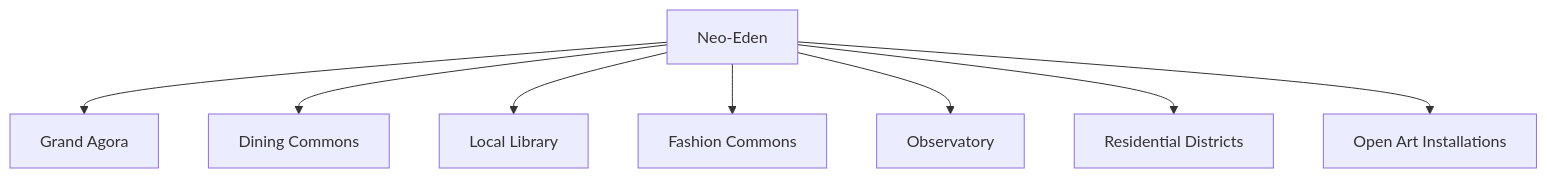
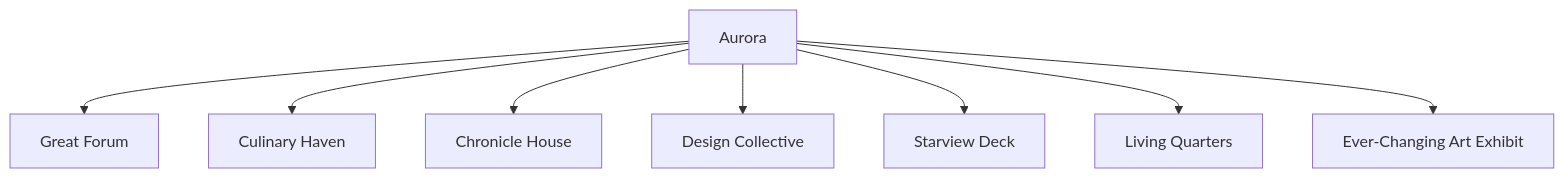
Before and after one commit to moul/bits.manfred.life: the first of 2 diagrams in stories/open-society/index.md, drawn with Mermaid. The commit also changed other lines of this file and 1 other file, not shown here.

First line of the commit message:
chore: update open-society (#40)

````diff
--- a/stories/open-society/index.md
+++ b/stories/open-society/index.md
@@ -23,11 +23,11 @@
 ```mermaid
 graph TD
-    A[Neo-Eden]
-    A --> B[Grand Agora]
-    A --> C[Dining Commons]
-    A --> D[Local Library]
-    A --> E[Fashion Commons]
-    A --> F[Observatory]
-    A --> G[Residential Districts]
-    A --> H[Open Art Installations]
+    A[Aurora]
+    A --> B[Great Forum]
+    A --> C[Culinary Haven]
+    A --> D[Chronicle House]
+    A --> E[Design Collective]
+    A --> F[Starview Deck]
+    A --> G[Living Quarters]
+    A --> H[Ever-Changing Art Exhibit]
 ```
````
